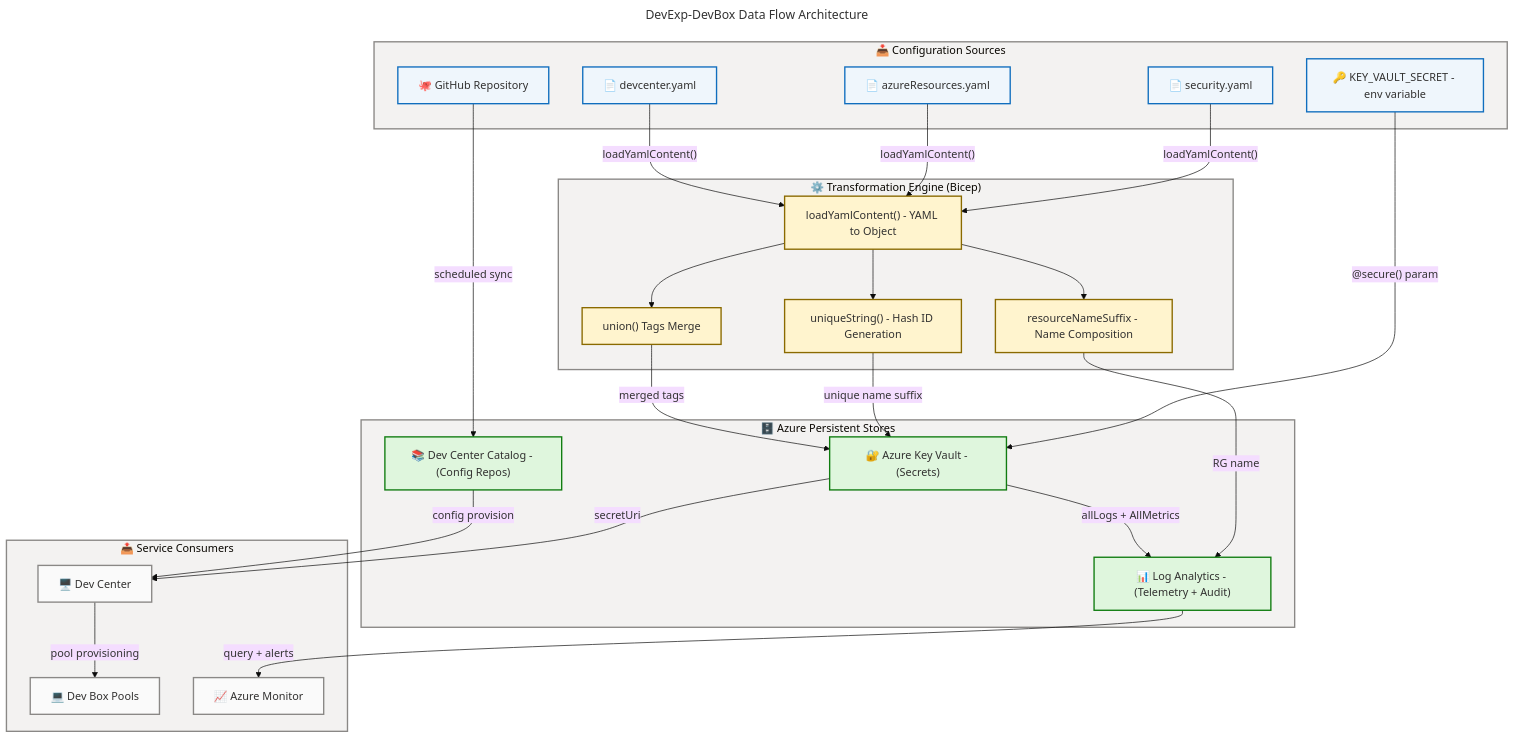
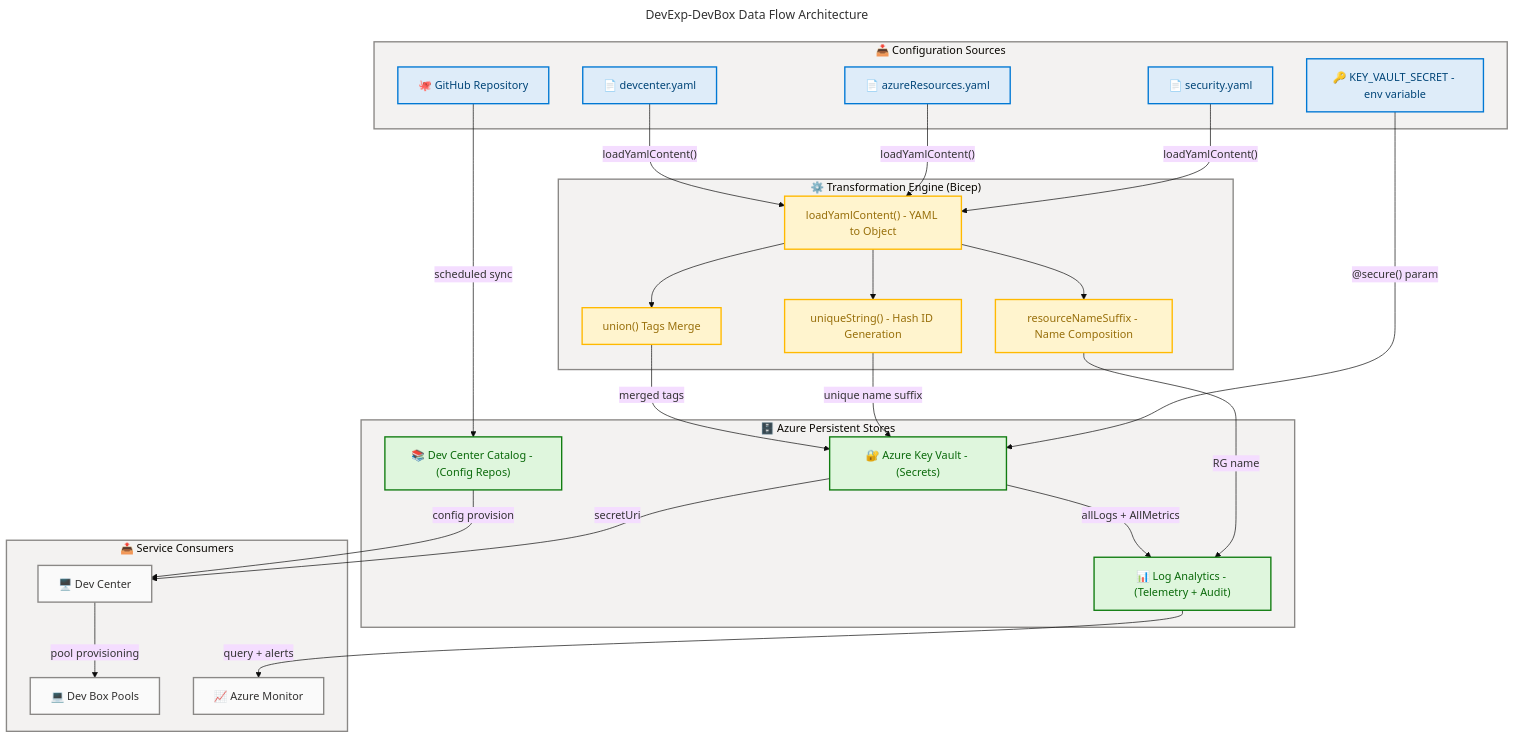
One commit to Evilazaro/DevExp-DevBox changed the third of 3 diagrams in docs/architecture/data-architecture.md. Above: the diagram before and after it, drawn with Mermaid. The commit also changed other lines of this file and 1 other file, not shown here.

Commit message:
style: enable HTML labels in flowcharts and update class definitions for improved clarity

````diff
--- a/docs/architecture/data-architecture.md
+++ b/docs/architecture/data-architecture.md
@@ -910,6 +921,8 @@
   layout: dagre
   themeVariables:
     fontSize: '16px'
+  flowchart:
+    htmlLabels: true
 ---
 flowchart TD
     accTitle: DevExp-DevBox Data Flow Architecture
@@ -978,13 +991,16 @@
     style STORAGE fill:#F3F2F1,stroke:#8A8886,stroke-width:2px
     style CONSUMERS fill:#F3F2F1,stroke:#8A8886,stroke-width:2px
 
-    classDef source fill:#EFF6FC,stroke:#106EBE,stroke-width:2px,color:#323130
-    classDef transform fill:#FFF4CE,stroke:#8A6A00,stroke-width:2px,color:#323130
-    classDef store fill:#DFF6DD,stroke:#107C10,stroke-width:2px,color:#323130
-    classDef consumer fill:#FAFAFA,stroke:#8A8886,stroke-width:2px,color:#323130
+    classDef neutral fill:#FAFAFA,stroke:#8A8886,stroke-width:2px,color:#323130
+    classDef core fill:#DEECF9,stroke:#0078D4,stroke-width:2px,color:#004578
+    classDef success fill:#DFF6DD,stroke:#107C10,stroke-width:2px,color:#0B6A0B
+    classDef warning fill:#FFF4CE,stroke:#FFB900,stroke-width:2px,color:#986F0B
+    classDef danger fill:#FDE7E9,stroke:#E81123,stroke-width:2px,color:#A4262C
+    classDef data fill:#C8F0E7,stroke:#2D7D9A,stroke-width:2px,color:#0D3A4F
+    classDef external fill:#F3F2F1,stroke:#605E5C,stroke-width:2px,color:#323130
 
-    class SECYAML,RESYAML,DCYAML,GHREPO,ENVVAR source
-    class LOADYAML,UNIQUE,SUFFIX,TAGS transform
-    class KV,LAW,CATALOG store
-    class DC,DEVBOX,MONITOR consumer
+    class SECYAML,RESYAML,DCYAML,GHREPO,ENVVAR core
+    class LOADYAML,UNIQUE,SUFFIX,TAGS warning
+    class KV,LAW,CATALOG success
+    class DC,DEVBOX,MONITOR neutral
 ```
````
